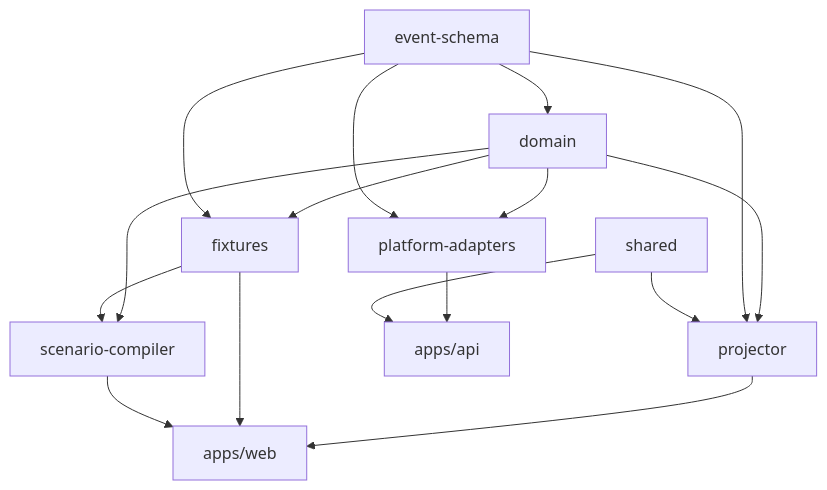
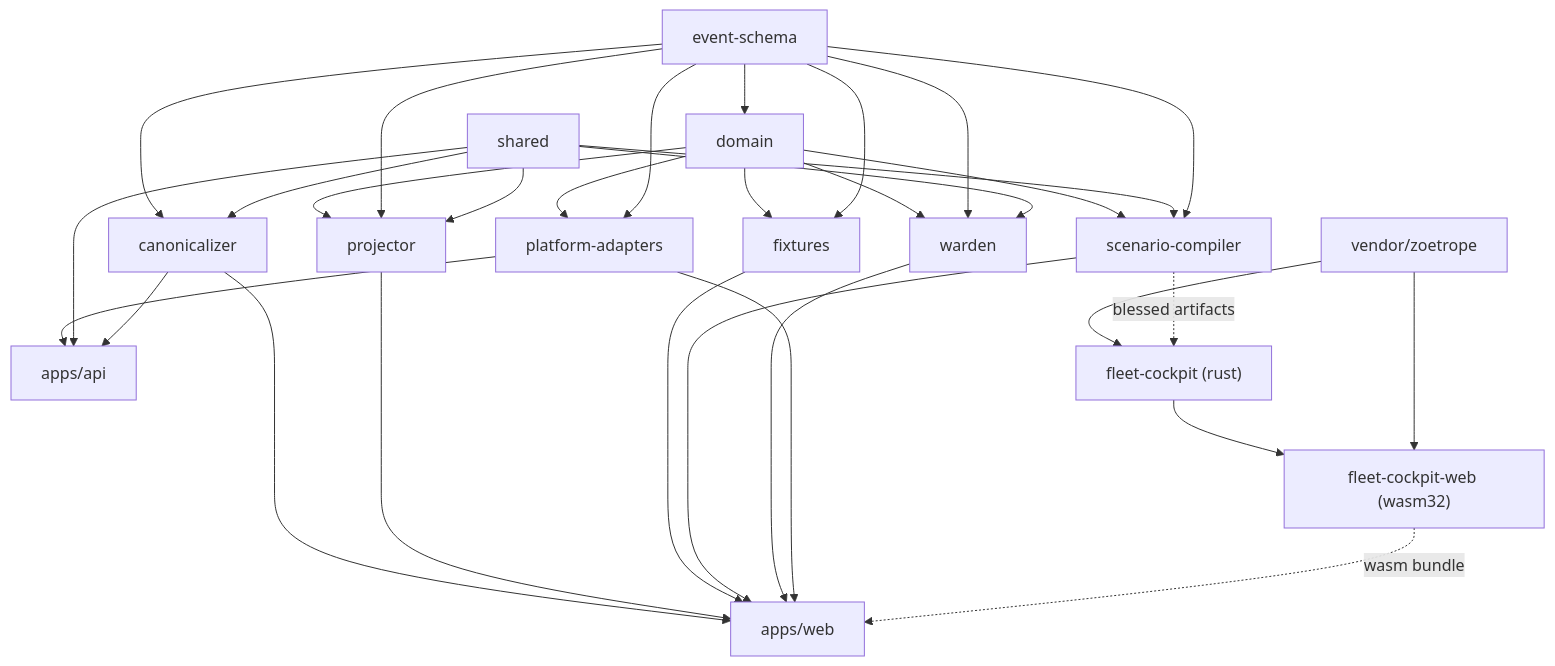
One commit to PVUIVE/FleetScope changed the diagram in docs/architecture.md. Above: the diagram before and after it, drawn with Mermaid. The commit also changed other lines of this file and 6 other files, not shown here.

````diff
--- a/docs/architecture.md
+++ b/docs/architecture.md
@@ -23,28 +27,48 @@
 ```mermaid
 graph TD
   shared[shared]
   schema[event-schema]
   domain[domain]
+  canon[canonicalizer]
   projector[projector]
   fixtures[fixtures]
   compiler[scenario-compiler]
+  warden[warden]
   adapters[platform-adapters]
   web[apps/web]
   api[apps/api]
+  cockpit["fleet-cockpit (rust)"]
+  cockpitweb["fleet-cockpit-web (wasm32)"]
+  zoetrope["vendor/zoetrope"]
 
   schema --> domain
+  schema --> canon
+  shared --> canon
   domain --> projector
   schema --> projector
   shared --> projector
   domain --> fixtures
   schema --> fixtures
   domain --> compiler
-  fixtures --> compiler
+  shared --> compiler
+  schema --> compiler
+  domain --> warden
+  schema --> warden
+  shared --> warden
   domain --> adapters
   schema --> adapters
+  canon --> web
   projector --> web
   fixtures --> web
   compiler --> web
+  warden --> web
+  adapters --> web
   adapters --> api
   shared --> api
+  canon --> api
+  zoetrope --> cockpit
+  cockpit --> cockpitweb
+  zoetrope --> cockpitweb
+  compiler -.->|blessed artifacts| cockpit
+  cockpitweb -.->|wasm bundle| web
 ```
````
